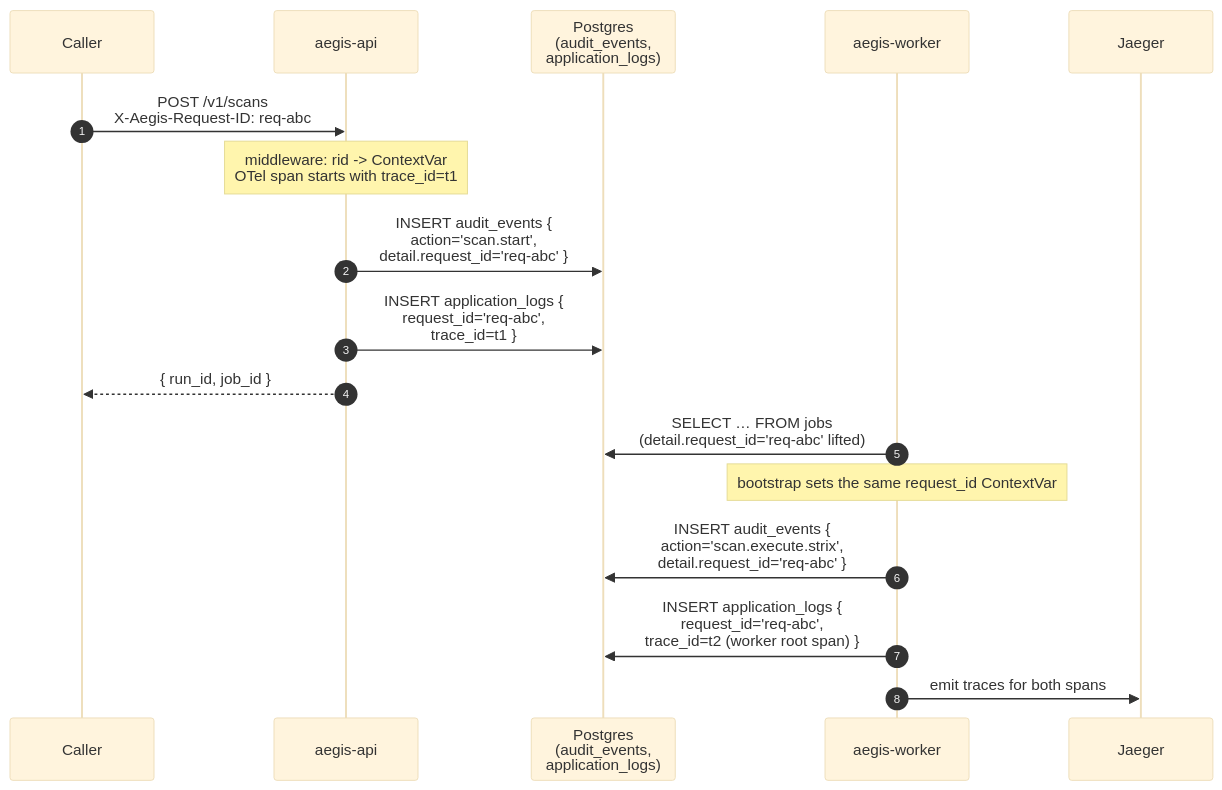
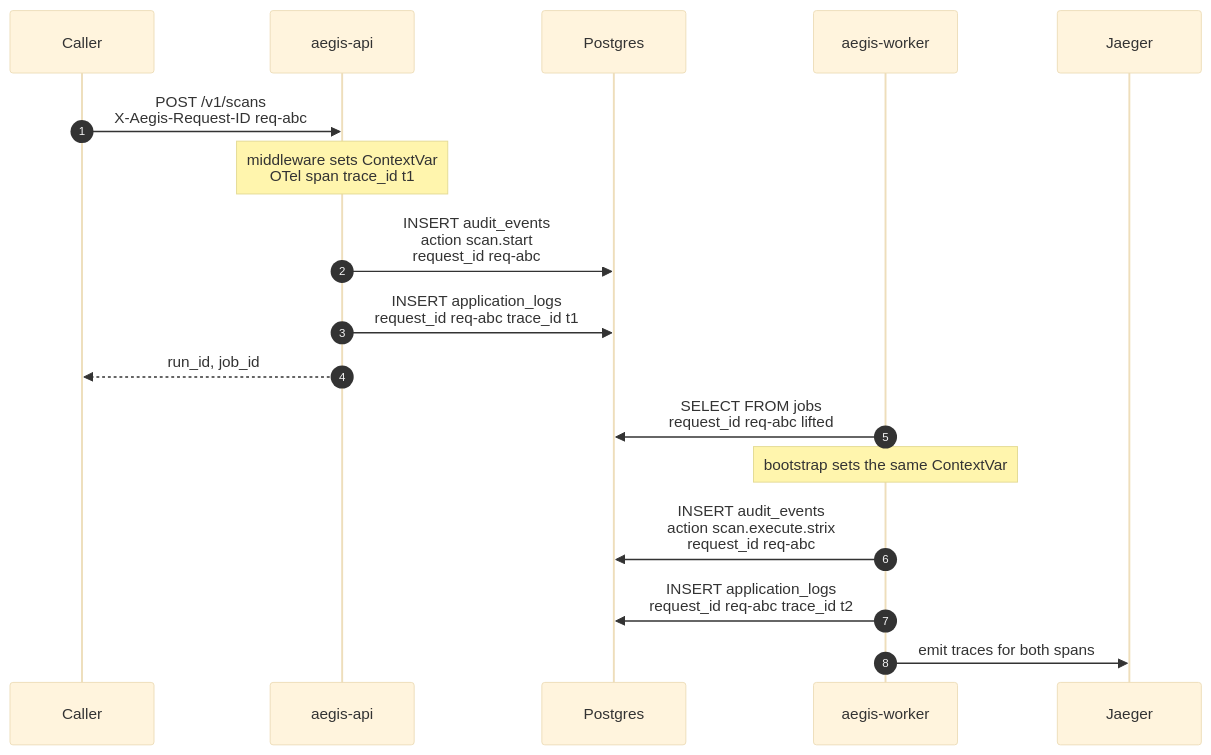
Before and after one commit to IntelliBridge/ndia-red-team-simulator: the fourth of 4 diagrams in docs/architecture/observability.md, drawn with Mermaid (base theme). The commit also changed other lines of this file and 8 other files, not shown here.

First line of the commit message:
mkdocs: fix every mermaid diagram against the Mermaid 11 parser

````diff
--- a/docs/architecture/observability.md
+++ b/docs/architecture/observability.md
@@ -195,21 +196,21 @@
 ```mermaid
 sequenceDiagram
     autonumber
     participant U as Caller
     participant API as aegis-api
-    participant DB as Postgres<br/>(audit_events,<br/>application_logs)
+    participant DB as Postgres
     participant W as aegis-worker
     participant T as Jaeger
 
-    U->>API: POST /v1/scans<br/>X-Aegis-Request-ID: req-abc
-    Note over API: middleware: rid -> ContextVar<br/>OTel span starts with trace_id=t1
-    API->>DB: INSERT audit_events {<br/>  action='scan.start',<br/>  detail.request_id='req-abc' }
-    API->>DB: INSERT application_logs {<br/>  request_id='req-abc',<br/>  trace_id=t1 }
-    API-->>U: { run_id, job_id }
+    U->>API: POST /v1/scans<br/>X-Aegis-Request-ID req-abc
+    Note over API: middleware sets ContextVar<br/>OTel span trace_id t1
+    API->>DB: INSERT audit_events<br/>action scan.start<br/>request_id req-abc
+    API->>DB: INSERT application_logs<br/>request_id req-abc trace_id t1
+    API-->>U: run_id, job_id
 
-    W->>DB: SELECT … FROM jobs<br/>(detail.request_id='req-abc' lifted)
-    Note over W: bootstrap sets the same request_id ContextVar
-    W->>DB: INSERT audit_events {<br/>  action='scan.execute.strix',<br/>  detail.request_id='req-abc' }
-    W->>DB: INSERT application_logs {<br/>  request_id='req-abc',<br/>  trace_id=t2 (worker root span) }
+    W->>DB: SELECT FROM jobs<br/>request_id req-abc lifted
+    Note over W: bootstrap sets the same ContextVar
+    W->>DB: INSERT audit_events<br/>action scan.execute.strix<br/>request_id req-abc
+    W->>DB: INSERT application_logs<br/>request_id req-abc trace_id t2
     W->>T: emit traces for both spans
 ```
````
